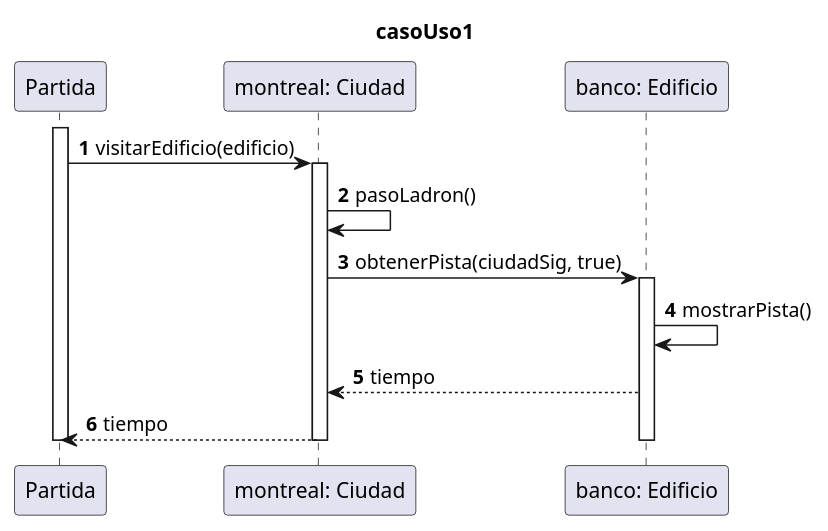
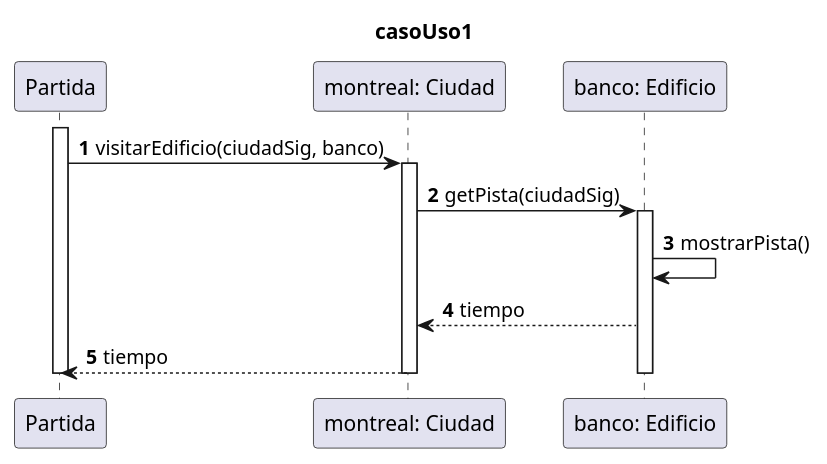
Before and after one commit to alexguttlein/TP2-CarmenSandiego: the diagram in diagrams/sequences/Entrega1/casoUso1.puml, drawn with PlantUML. The commit also changed 8 other files, not shown here.

```diff
--- a/diagrams/sequences/Entrega1/casoUso1.puml
+++ b/diagrams/sequences/Entrega1/casoUso1.puml
@@ -1,19 +1,17 @@
 @startuml
 
 autonumber
 title casoUso1
 activate Partida
-Partida -> "montreal: Ciudad": visitarEdificio(edificio)
+Partida -> "montreal: Ciudad": visitarEdificio(ciudadSig, banco)
 activate "montreal: Ciudad"
-"montreal: Ciudad" -> "montreal: Ciudad": pasoLadron()
-"montreal: Ciudad" -> "banco: Edificio": obtenerPista(ciudadSig, true)
+"montreal: Ciudad" -> "banco: Edificio": getPista(ciudadSig)
 activate "banco: Edificio"
 "banco: Edificio" -> "banco: Edificio": mostrarPista()
-
 "banco: Edificio" --> "montreal: Ciudad": tiempo
 "montreal: Ciudad" --> Partida: tiempo
 
 deactivate "banco: Edificio"
 deactivate "montreal: Ciudad"
 deactivate Partida
 @enduml
```
